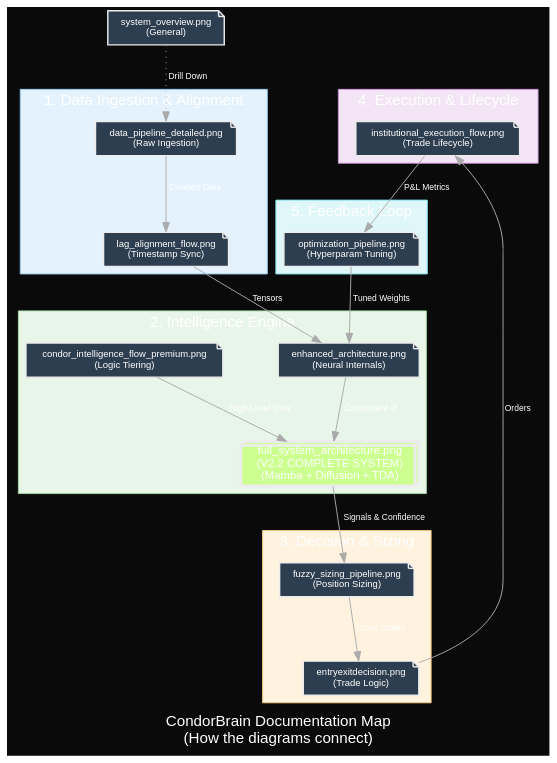
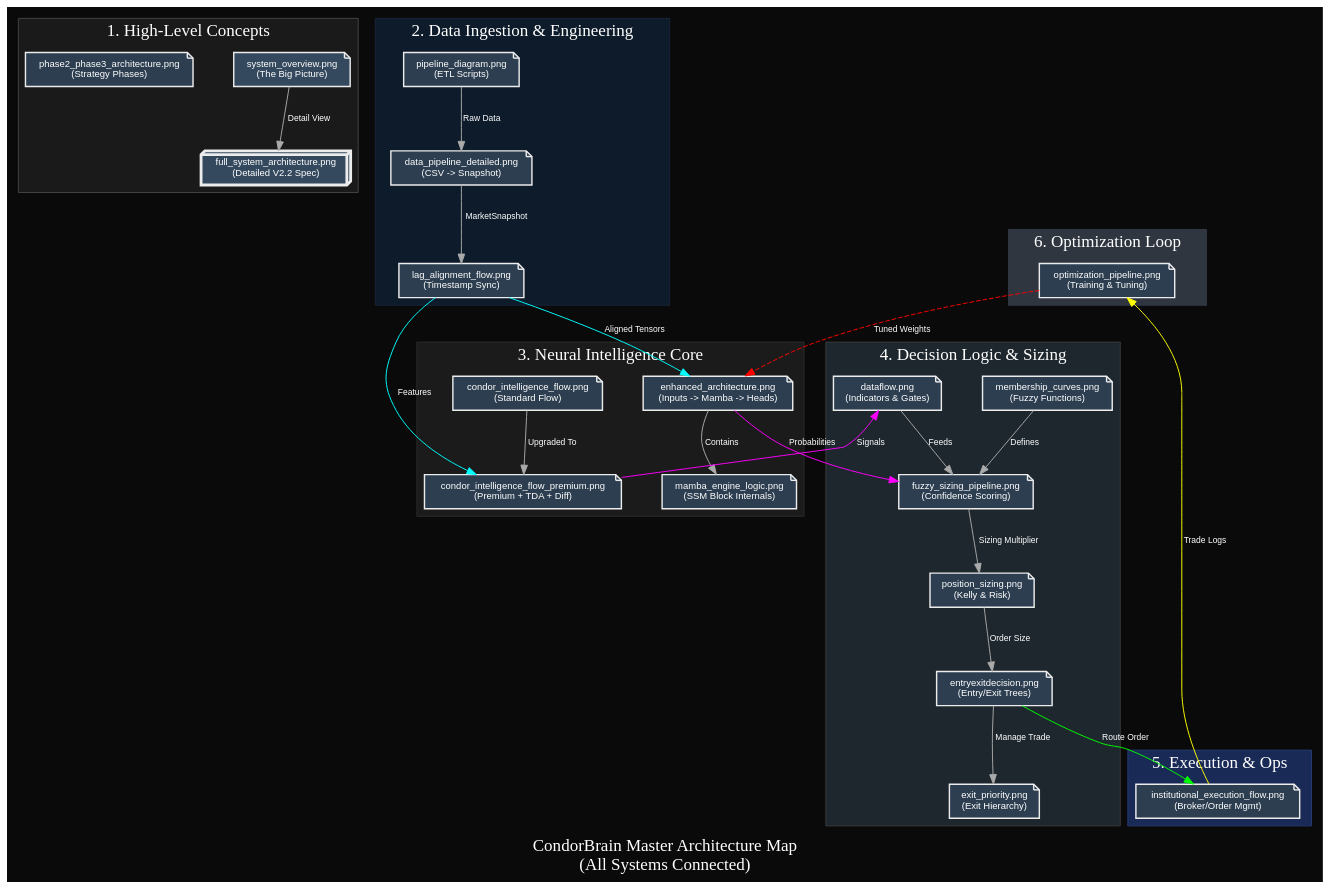
One commit to trextrader/spy-iron-condor-trading changed the diagram in docs/architecture/diagram_map.dot. Above: the diagram before and after it, drawn with Graphviz. The commit also changed 1 other file, not shown here.

Commit message:
Create Comprehensive Architecture Master Map

```diff
--- a/docs/architecture/diagram_map.dot
+++ b/docs/architecture/diagram_map.dot
@@ -1,101 +1,144 @@
 digraph DiagramMap {
     rankdir=TB;
     compound=true;
-    fontname="Helvetica";
-    nodesep=0.8;
+    nodesep=0.6;
     ranksep=0.8;
+    bgcolor="#0a0a0a";
     
     // Global Styling
-    bgcolor="#0a0a0a";
     node [shape=note, fontname="Helvetica", fontsize=10, style=filled, fillcolor="#2c3e50", fontcolor="white", color="#ececec", penwidth=1.5];
     edge [fontname="Helvetica", fontsize=9, color="#aaaaaa", fontcolor="white"];
     
-    label = "CondorBrain Documentation Map\n(How the diagrams connect)";
+    label = "CondorBrain Master Architecture Map\n(All Systems Connected)";
     fontcolor="white";
-    fontsize=16;
+    fontsize=18;
     
     // =========================================================================
-    // 1. DATA LAYER
+    // 1. HIGH-LEVEL OVERVIEW
+    // =========================================================================
+    subgraph cluster_overview {
+        label = "1. High-Level Concepts";
+        style = filled;
+        fillcolor = "#1a1a1a";
+        color = "#444444";
+        fontcolor = "white";
+        
+        d_sys_overview [label="system_overview.png\n(The Big Picture)", href="system_overview.png", fillcolor="#34495e"];
+        d_full [label="full_system_architecture.png\n(Detailed V2.2 Spec)", href="full_system_architecture.png", fillcolor="#34495e", shape=box3d, penwidth=3];
+        
+        d_phase23 [label="phase2_phase3_architecture.png\n(Strategy Phases)", href="phase2_phase3_architecture.png"];
+        
+        d_sys_overview -> d_full [label="Detail View"];
+    }
+
+    // =========================================================================
+    // 2. DATA PIPELINE LAYER
     // =========================================================================
     subgraph cluster_data {
-        label = "1. Data Ingestion & Alignment";
+        label = "2. Data Ingestion & Engineering";
         style = filled;
-        fillcolor = "#e3f2fd";
-        color = "#90caf9";
+        fillcolor = "#0d1b2a";
+        color = "#1b263b";
+        fontcolor = "white";
         
-        d_pipeline [label="data_pipeline_detailed.png\n(Raw Ingestion)", href="data_pipeline_detailed.png"];
+        d_pipeline [label="pipeline_diagram.png\n(ETL Scripts)", href="pipeline_diagram.png"];
+        d_data_detailed [label="data_pipeline_detailed.png\n(CSV -> Snapshot)", href="data_pipeline_detailed.png"];
         d_lag [label="lag_alignment_flow.png\n(Timestamp Sync)", href="lag_alignment_flow.png"];
         
-        d_pipeline -> d_lag [label="Cleaned Data"];
+        d_pipeline -> d_data_detailed [label="Raw Data"];
+        d_data_detailed -> d_lag [label="MarketSnapshot"];
     }
     
     // =========================================================================
-    // 2. INTELLIGENCE CORE
+    // 3. INTELLIGENCE CORE (Mamba, Diffusion, TDA)
     // =========================================================================
     subgraph cluster_intel {
-        label = "2. Intelligence Engine";
+        label = "3. Neural Intelligence Core";
         style = filled;
-        fillcolor = "#e8f5e9";
-        color = "#a5d6a7";
+        fillcolor = "#1b1b1b";
+        color = "#2d2d2d";
+        fontcolor = "white";
         
-        d_full [label="full_system_architecture.png\n(V2.2 COMPLETE SYSTEM)\n(Mamba + Diffusion + TDA)", shape=box3d, fillcolor="#ccff90", fontsize=12, penwidth=3, href="full_system_architecture.png"];
+        d_enhanced [label="enhanced_architecture.png\n(Inputs -> Mamba -> Heads)", href="enhanced_architecture.png"];
+        d_mamba_logic [label="mamba_engine_logic.png\n(SSM Block Internals)", href="mamba_engine_logic.png"];
         
-        d_enhanced [label="enhanced_architecture.png\n(Neural Internals)", href="enhanced_architecture.png"];
-        d_premium [label="condor_intelligence_flow_premium.png\n(Logic Tiering)", href="condor_intelligence_flow_premium.png"];
+        d_flow [label="condor_intelligence_flow.png\n(Standard Flow)", href="condor_intelligence_flow.png"];
+        d_flow_prem [label="condor_intelligence_flow_premium.png\n(Premium + TDA + Diff)", href="condor_intelligence_flow_premium.png"];
         
-        d_enhanced -> d_full [label="Component of"];
-        d_premium -> d_full [label="High-Level View"];
+        d_enhanced -> d_mamba_logic [label="Contains"];
+        d_flow -> d_flow_prem [label="Upgraded To"];
+    }
+
+    // =========================================================================
+    // 4. LOGIC & DECISION LAYER (Fuzzy, Dataflow)
+    // =========================================================================
+    subgraph cluster_logic {
+        label = "4. Decision Logic & Sizing";
+        style = filled;
+        fillcolor = "#1e272e";
+        color = "#3d3d3d";
+        fontcolor = "white";
+        
+        d_dataflow [label="dataflow.png\n(Indicators & Gates)", href="dataflow.png"];
+        d_fuzzy [label="fuzzy_sizing_pipeline.png\n(Confidence Scoring)", href="fuzzy_sizing_pipeline.png"];
+        d_membership [label="membership_curves.png\n(Fuzzy Functions)", href="membership_curves.png"];
+        d_pos_sizing [label="position_sizing.png\n(Kelly & Risk)", href="position_sizing.png"];
+        
+        d_entry_exit [label="entryexitdecision.png\n(Entry/Exit Trees)", href="entryexitdecision.png"];
+        d_exit_prio [label="exit_priority.png\n(Exit Hierarchy)", href="exit_priority.png"];
+        
+        d_membership -> d_fuzzy [label="Defines"];
+        d_dataflow -> d_fuzzy [label="Feeds"];
+        d_fuzzy -> d_pos_sizing [label="Sizing Multiplier"];
+        d_pos_sizing -> d_entry_exit [label="Order Size"];
+        d_entry_exit -> d_exit_prio [label="Manage Trade"];
+    }
+
+    // =========================================================================
+    // 5. EXECUTION & OPERATIONS
+    // =========================================================================
+    subgraph cluster_exec {
+        label = "5. Execution & Ops";
+        style = filled;
+        fillcolor = "#192a56";
+        color = "#273c75";
+        fontcolor = "white";
+        
+        d_inst_exec [label="institutional_execution_flow.png\n(Broker/Order Mgmt)", href="institutional_execution_flow.png"];
+    }
+
+    // =========================================================================
+    // 6. OPTIMIZATION LOOP
+    // =========================================================================
+    subgraph cluster_opt {
+        label = "6. Optimization Loop";
+        style = filled;
+        fillcolor = "#2f3640";
+        color = "#353b48";
+        fontcolor = "white";
+        
+        d_opt [label="optimization_pipeline.png\n(Training & Tuning)", href="optimization_pipeline.png"];
     }
     
     // =========================================================================
-    // 3. DECISION & SIZING
+    // CONNECTIONS BETWEEN CLUSTERS
     // =========================================================================
-    subgraph cluster_decision {
-        label = "3. Decision & Sizing";
-        style = filled;
-        fillcolor = "#fff3e0";
-        color = "#ffcc80";
-        
-        d_fuzzy [label="fuzzy_sizing_pipeline.png\n(Position Sizing)", href="fuzzy_sizing_pipeline.png"];
-        d_entry [label="entryexitdecision.png\n(Trade Logic)", href="entryexitdecision.png"];
-        
-        d_full -> d_fuzzy [label="Signals & Confidence"];
-        d_fuzzy -> d_entry [label="Sized Orders"];
-    }
     
-    // =========================================================================
-    // 4. EXECUTION
-    // =========================================================================
-    subgraph cluster_exec {
-        label = "4. Execution & Lifecycle";
-        style = filled;
-        fillcolor = "#f3e5f5";
-        color = "#ce93d8";
-        
-        d_exec [label="institutional_execution_flow.png\n(Trade Lifecycle)", href="institutional_execution_flow.png"];
-        d_overview [label="system_overview.png\n(General)", href="system_overview.png"];
-    }
+    // Data -> Intel
+    d_lag -> d_enhanced [label="Aligned Tensors", color="cyan"];
+    d_lag -> d_flow_prem [label="Features", color="cyan"];
     
-    // =========================================================================
-    // 5. OPTIMIZATION LOOP
-    // =========================================================================
-    subgraph cluster_opt {
-        label = "5. Feedback Loop";
-        style = filled;
-        fillcolor = "#e0f7fa";
-        color = "#80deea";
-        
-        d_opt [label="optimization_pipeline.png\n(Hyperparam Tuning)", href="optimization_pipeline.png"];
-    }
+    // Intel -> Logic
+    d_enhanced -> d_fuzzy [label="Probabilities", color="magenta"];
+    d_flow_prem -> d_dataflow [label="Signals", color="magenta"];
     
-    // Inter-Cluster Connections
-    d_lag -> d_enhanced [label="Tensors"];
-    d_entry -> d_exec [label="Orders"];
-    d_exec -> d_opt [label="P&L Metrics"];
-    d_opt -> d_enhanced [label="Tuned Weights"];
+    // Logic -> Exec
+    d_entry_exit -> d_inst_exec [label="Route Order", color="lime"];
     
-    // Key
-    {rank=source; d_overview}
-    d_overview -> d_pipeline [style=dotted, label="Drill Down"];
+    // Exec -> Opt
+    d_inst_exec -> d_opt [label="Trade Logs", color="yellow"];
     
+    // Opt -> Intel (Feedback)
+    d_opt -> d_enhanced [label="Tuned Weights", color="red", style=dashed];
+
 }
```
